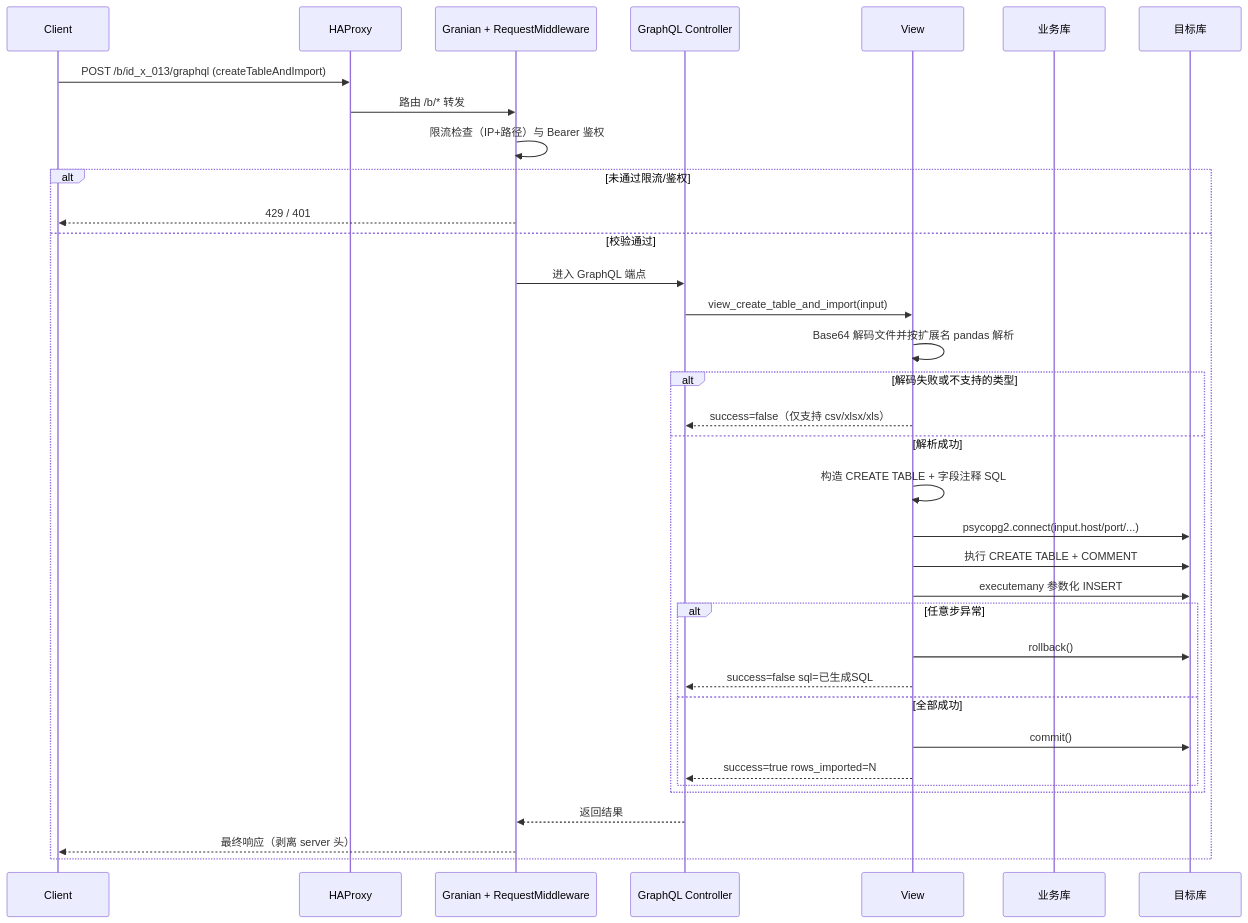
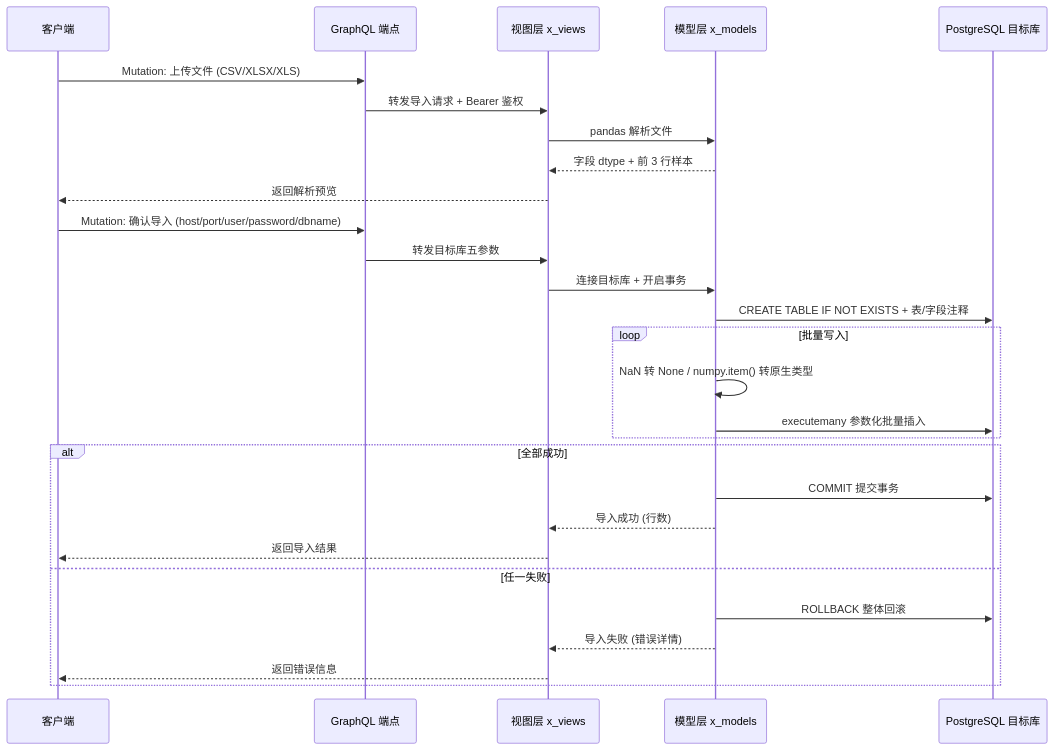
Before and after one commit to i-TorchLabs/id_x_013: the second of 2 diagrams in README.md, drawn with Mermaid. The commit also changed other lines of this file, not shown here.

````diff
--- a/README.md
+++ b/README.md
@@ -118,38 +113,32 @@
 ```mermaid
 sequenceDiagram
-  participant C as Client
-  participant H as HAProxy
-  participant M as Granian + RequestMiddleware
-  participant G as GraphQL Controller
-  participant V as View
-  participant Biz as 业务库
-  participant T as 目标库
+    participant C as 客户端
+    participant G as GraphQL 端点
+    participant V as 视图层 x_views
+    participant M as 模型层 x_models
+    participant D as PostgreSQL 目标库
 
-  C->>H: POST /b/id_x_013/graphql (createTableAndImport)
-  H->>M: 路由 /b/* 转发
-  M->>M: 限流检查（IP+路径）与 Bearer 鉴权
-  alt 未通过限流/鉴权
-    M-->>C: 429 / 401
-  else 校验通过
-    M->>G: 进入 GraphQL 端点
-    G->>V: view_create_table_and_import(input)
-    V->>V: Base64 解码文件并按扩展名 pandas 解析
-    alt 解码失败或不支持的类型
-      V-->>G: success=false（仅支持 csv/xlsx/xls）
-    else 解析成功
-      V->>V: 构造 CREATE TABLE + 字段注释 SQL
-      V->>T: psycopg2.connect(input.host/port/...)
-      V->>T: 执行 CREATE TABLE + COMMENT
-      V->>T: executemany 参数化 INSERT
-      alt 任意步异常
-        V->>T: rollback()
-        V-->>G: success=false sql=已生成SQL
-      else 全部成功
-        V->>T: commit()
-        V-->>G: success=true rows_imported=N
-      end
+    C->>G: Mutation: 上传文件 (CSV/XLSX/XLS)
+    G->>V: 转发导入请求 + Bearer 鉴权
+    V->>M: pandas 解析文件
+    M-->>V: 字段 dtype + 前 3 行样本
+    V-->>C: 返回解析预览
+
+    C->>G: Mutation: 确认导入 (host/port/user/password/dbname)
+    G->>V: 转发目标库五参数
+    V->>M: 连接目标库 + 开启事务
+    M->>D: CREATE TABLE IF NOT EXISTS + 表/字段注释
+    loop 批量写入
+        M->>M: NaN 转 None / numpy.item() 转原生类型
+        M->>D: executemany 参数化批量插入
     end
-    G-->>M: 返回结果
-    M-->>C: 最终响应（剥离 server 头）
-  end
+    alt 全部成功
+        M->>D: COMMIT 提交事务
+        M-->>V: 导入成功 (行数)
+        V-->>C: 返回导入结果
+    else 任一失败
+        M->>D: ROLLBACK 整体回滚
+        M-->>V: 导入失败 (错误详情)
+        V-->>C: 返回错误信息
+    end
 ```
````
